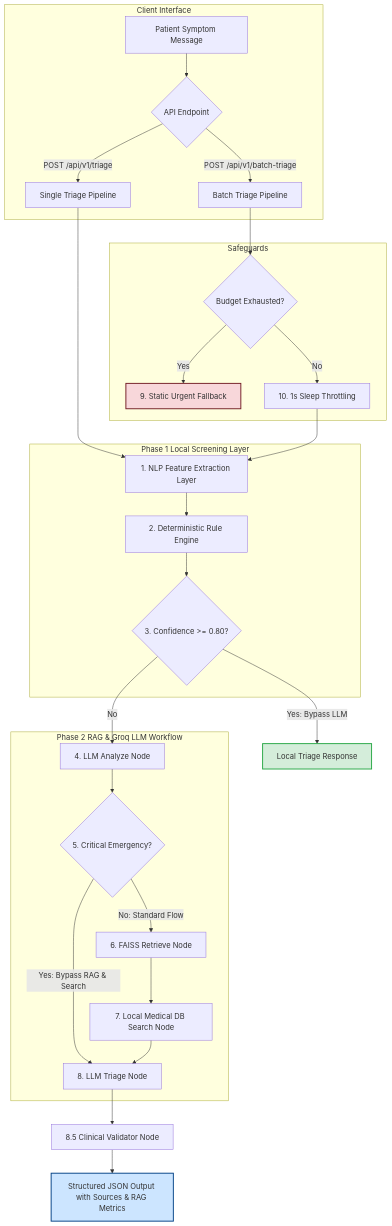
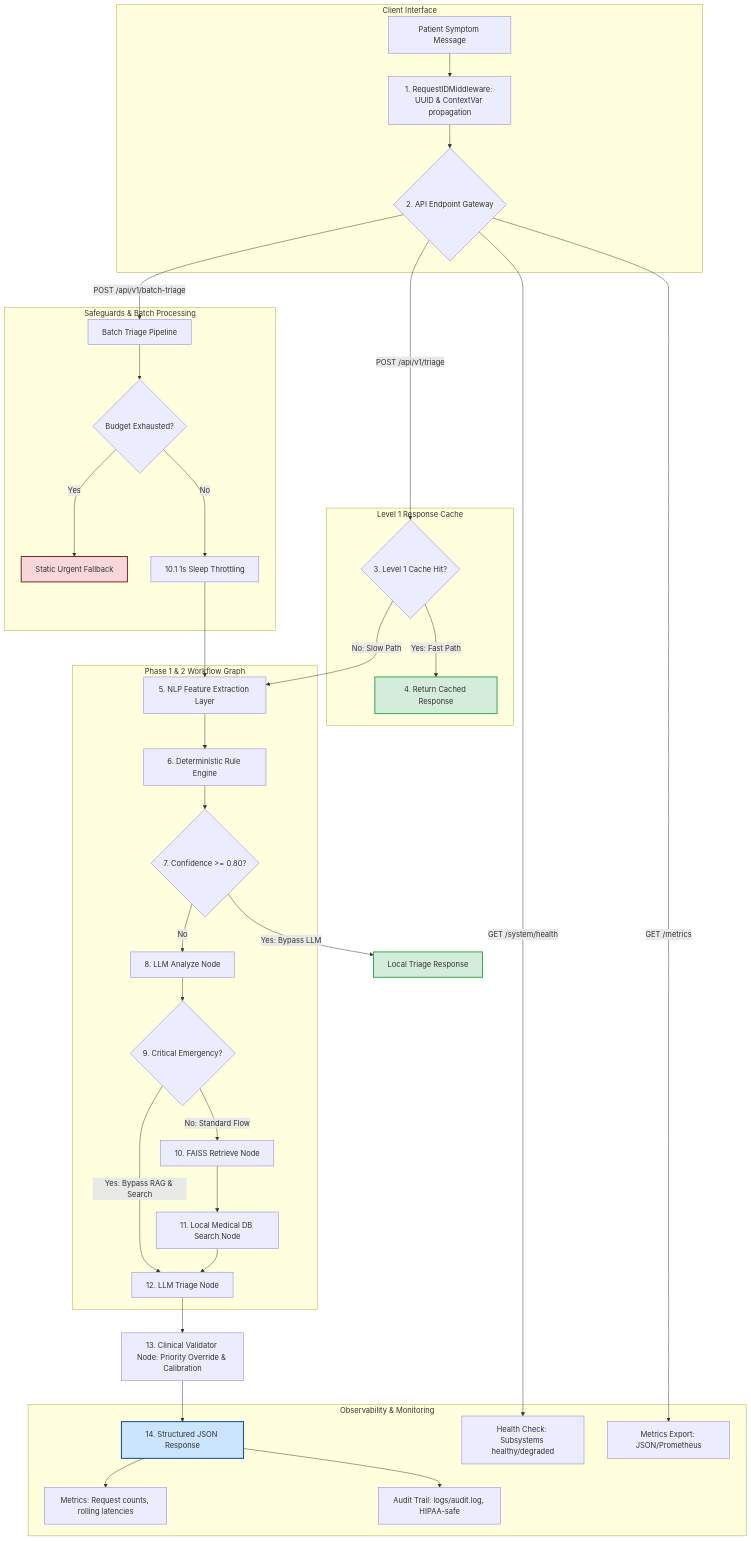
One commit to debanganghosh08/stance-health-assignment changed the first of 2 diagrams in README.md. Above: the diagram before and after it, drawn with Mermaid. The commit also changed other lines of this file and 10 other files, not shown here.

Commit message:
feat: implement phase 3.2 enterprise observability monitoring layer

````diff
--- a/README.md
+++ b/README.md
@@ -207,40 +291,50 @@
 ```mermaid
 flowchart TD
     subgraph Client Interface
-        A[Patient Symptom Message] --> POST_API{API Endpoint}
-        POST_API -->|POST /api/v1/triage| SingleFlow[Single Triage Pipeline]
-        POST_API -->|POST /api/v1/batch-triage| BatchFlow[Batch Triage Pipeline]
+        A[Patient Symptom Message] --> Middleware[1. RequestIDMiddleware: UUID & ContextVar propagation]
+        Middleware --> POST_API{2. API Endpoint Gateway}
     end
 
-    subgraph Phase 1 Local Screening Layer
-        SingleFlow --> NLP[1. NLP Feature Extraction Layer]
-        NLP --> RuleEngine[2. Deterministic Rule Engine]
-        RuleEngine --> RuleConfidenceCheck{3. Confidence >= 0.80?}
+    subgraph Level 1 Response Cache
+        POST_API -->|POST /api/v1/triage| CacheL1{3. Level 1 Cache Hit?}
+        CacheL1 -- "Yes: Fast Path" --> ReturnL1[4. Return Cached Response]
     end
 
-    subgraph Phase 2 RAG & Groq LLM Workflow
-        RuleConfidenceCheck -- "No" --> AnalyzeNode[4. LLM Analyze Node]
-        AnalyzeNode --> EmergencyCheck{5. Critical Emergency?}
+    subgraph Phase 1 & 2 Workflow Graph
+        CacheL1 -- "No: Slow Path" --> NLP[5. NLP Feature Extraction Layer]
+        NLP --> RuleEngine[6. Deterministic Rule Engine]
+        RuleEngine --> RuleConfidenceCheck{7. Confidence >= 0.80?}
+        RuleConfidenceCheck -- "No" --> AnalyzeNode[8. LLM Analyze Node]
+        AnalyzeNode --> EmergencyCheck{9. Critical Emergency?}
         
-        EmergencyCheck -- "Yes: Bypass RAG & Search" --> TriageNode[8. LLM Triage Node]
-        EmergencyCheck -- "No: Standard Flow" --> RetrieveNode[6. FAISS Retrieve Node]
+        EmergencyCheck -- "Yes: Bypass RAG & Search" --> TriageNode[12. LLM Triage Node]
+        EmergencyCheck -- "No: Standard Flow" --> RetrieveNode[10. FAISS Retrieve Node]
         
-        RetrieveNode --> SearchNode[7. Local Medical DB Search Node]
+        RetrieveNode --> SearchNode[11. Local Medical DB Search Node]
         SearchNode --> TriageNode
     end
 
-    subgraph Safeguards
+    subgraph Safeguards & Batch Processing
+        POST_API -->|POST /api/v1/batch-triage| BatchFlow[Batch Triage Pipeline]
         BatchFlow --> BudgetCheck{Budget Exhausted?}
-        BudgetCheck -->|Yes| FallbackResponse[9. Static Urgent Fallback]
-        BudgetCheck -->|No| RateLimiter[10. 1s Sleep Throttling]
+        BudgetCheck -->|Yes| FallbackResponse[Static Urgent Fallback]
+        BudgetCheck -->|No| RateLimiter[10.1 1s Sleep Throttling]
         RateLimiter --> NLP
     end
 
     RuleConfidenceCheck -- "Yes: Bypass LLM" --> LocalTriage[Local Triage Response]
-    TriageNode --> ValidatorNode[8.5 Clinical Validator Node]
-    ValidatorNode --> StructuredOutput[Structured JSON Output with Sources & RAG Metrics]
+    TriageNode --> ValidatorNode[13. Clinical Validator Node: Priority Override & Calibration]
+    ValidatorNode --> StructuredOutput[14. Structured JSON Response]
+
+    subgraph Observability & Monitoring
+        StructuredOutput --> Metrics[Metrics: Request counts, rolling latencies]
+        StructuredOutput --> Audit[Audit Trail: logs/audit.log, HIPAA-safe]
+        POST_API -->|GET /system/health| HealthCheck[Health Check: Subsystems healthy/degraded]
+        POST_API -->|GET /metrics| MetricsExport[Metrics Export: JSON/Prometheus]
+    end
 
     style LocalTriage fill:#d4edda,stroke:#28a745,stroke-width:2px;
+    style ReturnL1 fill:#d4edda,stroke:#28a745,stroke-width:2px;
     style StructuredOutput fill:#cce5ff,stroke:#004085,stroke-width:2px;
     style FallbackResponse fill:#f8d7da,stroke:#721c24,stroke-width:2px;
 ```
````
